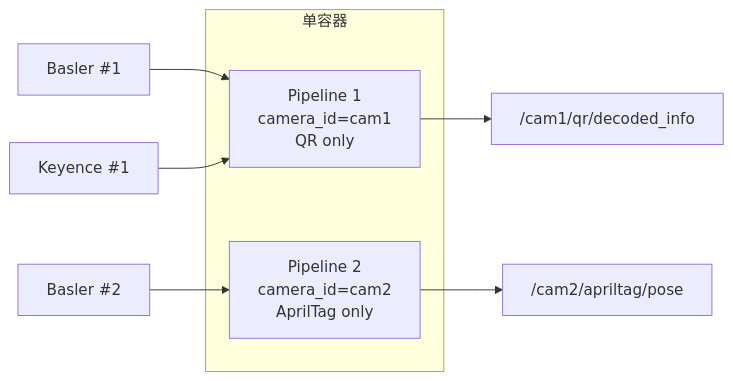
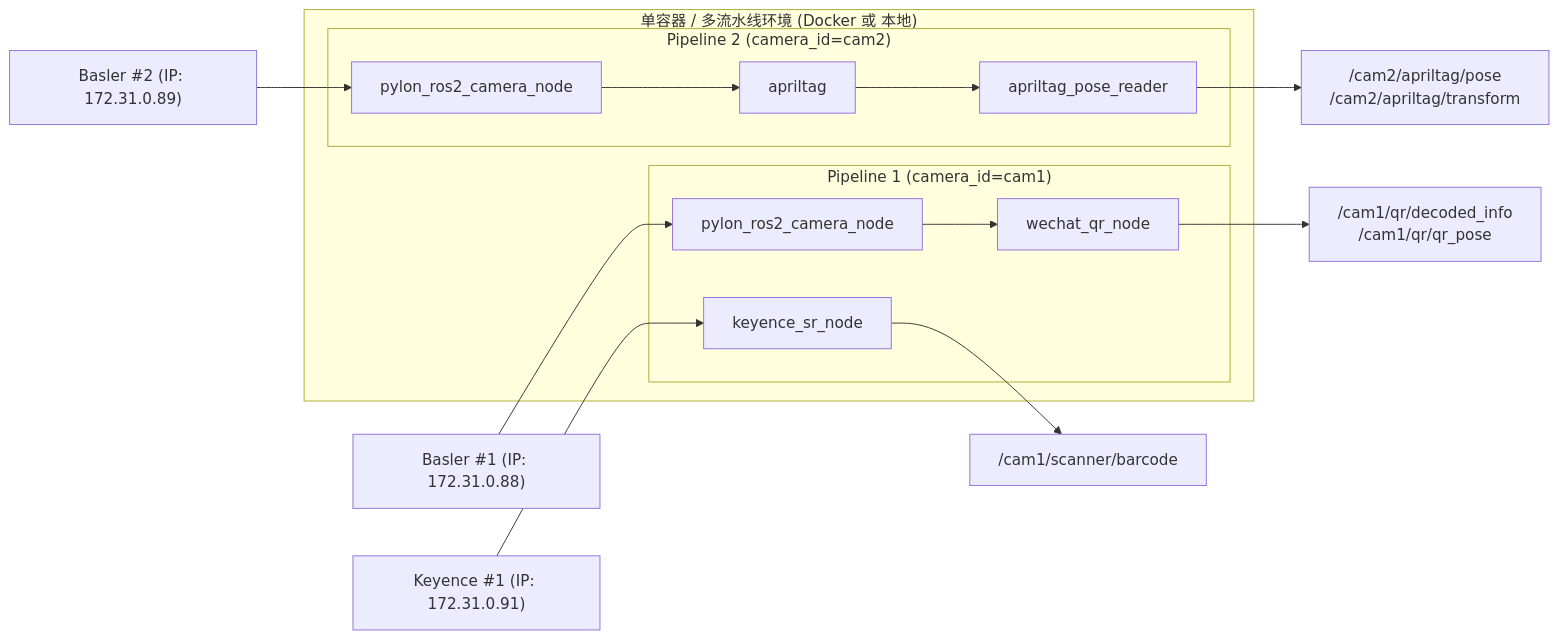
The second of 2 diagrams in README.md (jason889977/ros2_ws), drawn with Mermaid before and after one commit. The commit also changed other lines of this file and 5 other files, not shown here.

````diff
--- a/README.md
+++ b/README.md
@@ -104,14 +119,21 @@
 ```mermaid
 graph LR
-    subgraph Container ["单容器"]
-        P1["Pipeline 1<br/>camera_id=cam1<br/>QR only"]
-        P2["Pipeline 2<br/>camera_id=cam2<br/>AprilTag only"]
+    subgraph SingleContainer ["单容器 / 多流水线环境 (Docker 或 本地)"]
+        subgraph Pipeline1 ["Pipeline 1 (camera_id=cam1)"]
+            P1_Cam["pylon_ros2_camera_node"] --> P1_QR["wechat_qr_node"]
+            P1_Keyence["keyence_sr_node"]
+        end
+        subgraph Pipeline2 ["Pipeline 2 (camera_id=cam2)"]
+            P2_Cam["pylon_ros2_camera_node"] --> P2_Tag["apriltag"]
+            P2_Tag --> P2_Reader["apriltag_pose_reader"]
+        end
     end
 
-    CAM1["Basler #1"] --> P1
-    CAM2["Basler #2"] --> P2
-    KEY1["Keyence #1"] --> P1
+    CAM1["Basler #1 (IP: 172.31.0.88)"] --> P1_Cam
+    KEY1["Keyence #1 (IP: 172.31.0.91)"] --> P1_Keyence
+    CAM2["Basler #2 (IP: 172.31.0.89)"] --> P2_Cam
 
-    P1 --> OUT1["/cam1/qr/decoded_info"]
-    P2 --> OUT2["/cam2/apriltag/pose"]
+    P1_QR --> OUT1["/cam1/qr/decoded_info<br>/cam1/qr/qr_pose"]
+    P1_Keyence --> OUT2["/cam1/scanner/barcode"]
+    P2_Reader --> OUT3["/cam2/apriltag/pose<br>/cam2/apriltag/transform"]
 ```
````
